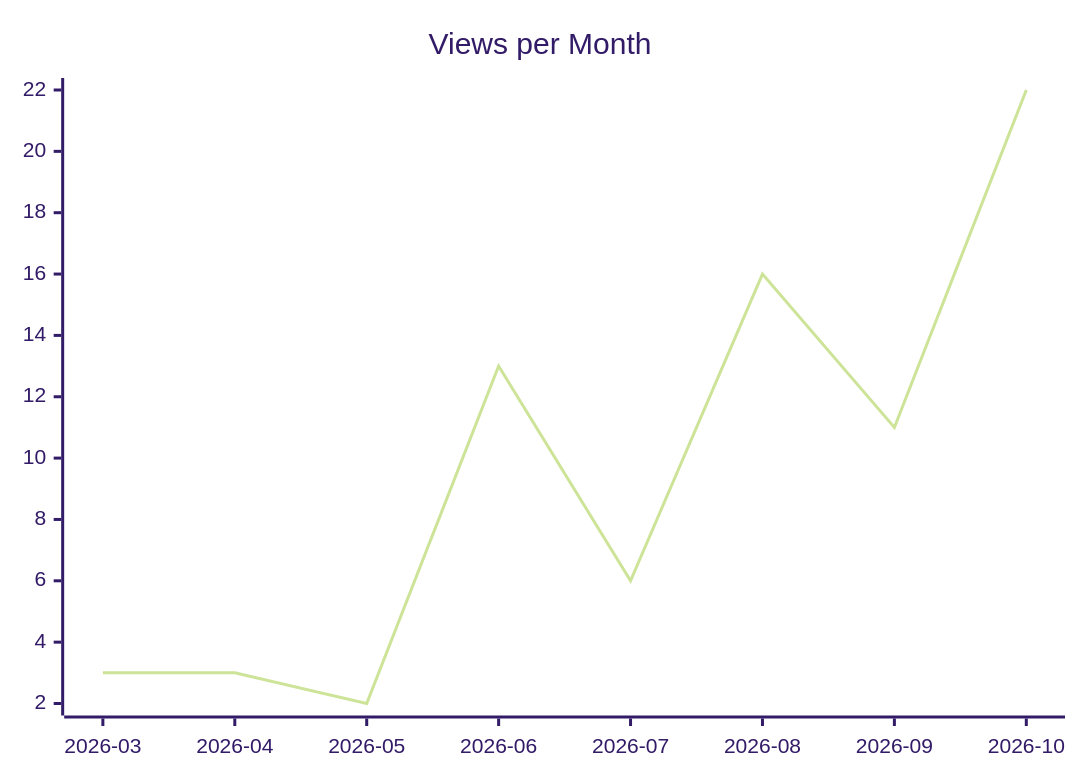
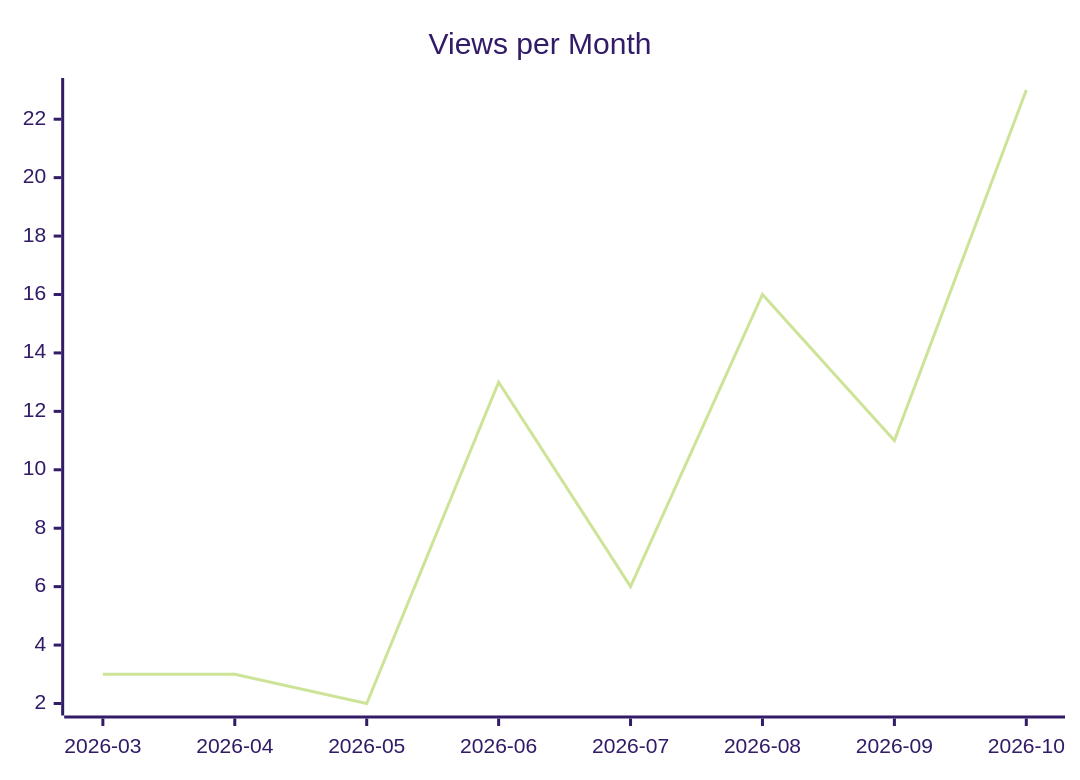
Before and after one commit to justdavis-family/github-analytics-data: the second of 3 diagrams in karlmdavis/rps-tourney/README.md, drawn with Mermaid (forest theme). The commit also changed other lines of this file and 202 other files, not shown here.

````diff
--- a/karlmdavis/rps-tourney/README.md
+++ b/karlmdavis/rps-tourney/README.md
@@ -12,6 +12,6 @@
 ```mermaid
 xychart-beta
   title "Views per Month"
   x-axis ["2026-03", "2026-04", "2026-05", "2026-06", "2026-07", "2026-08", "2026-09", "2026-10"]
-  line [3, 3, 2, 13, 6, 16, 11, 22]
+  line [3, 3, 2, 13, 6, 16, 11, 23]
 ```
````
